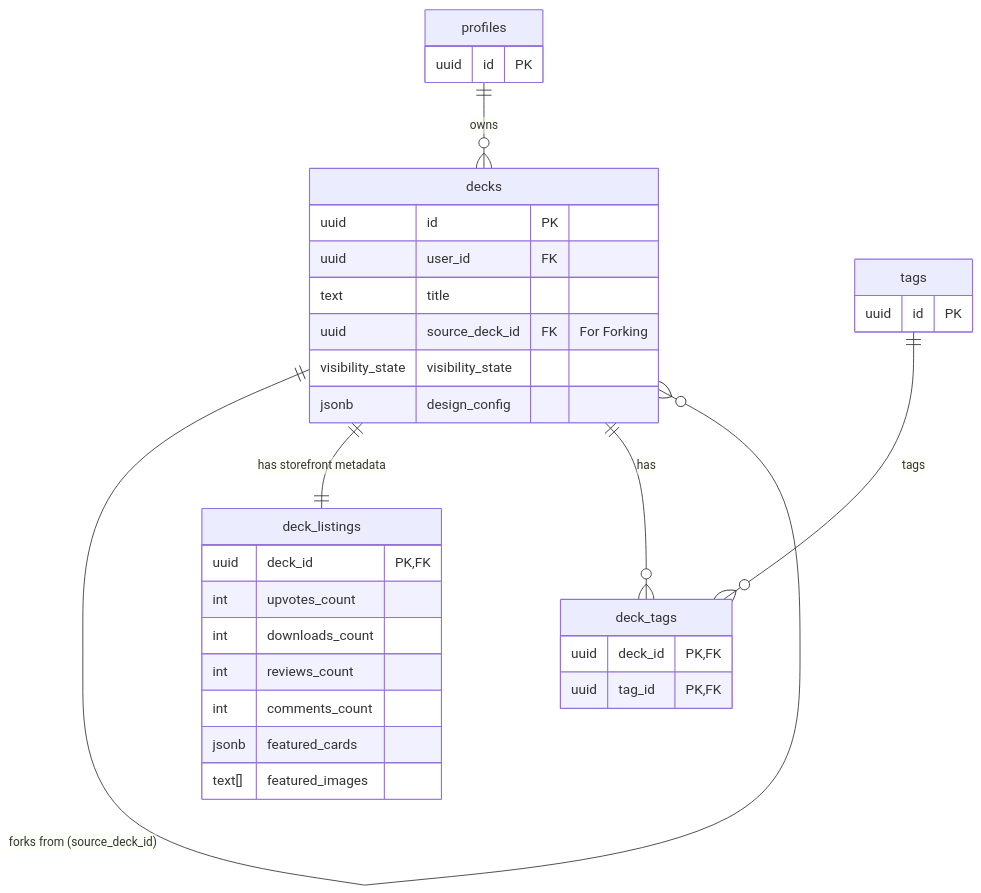
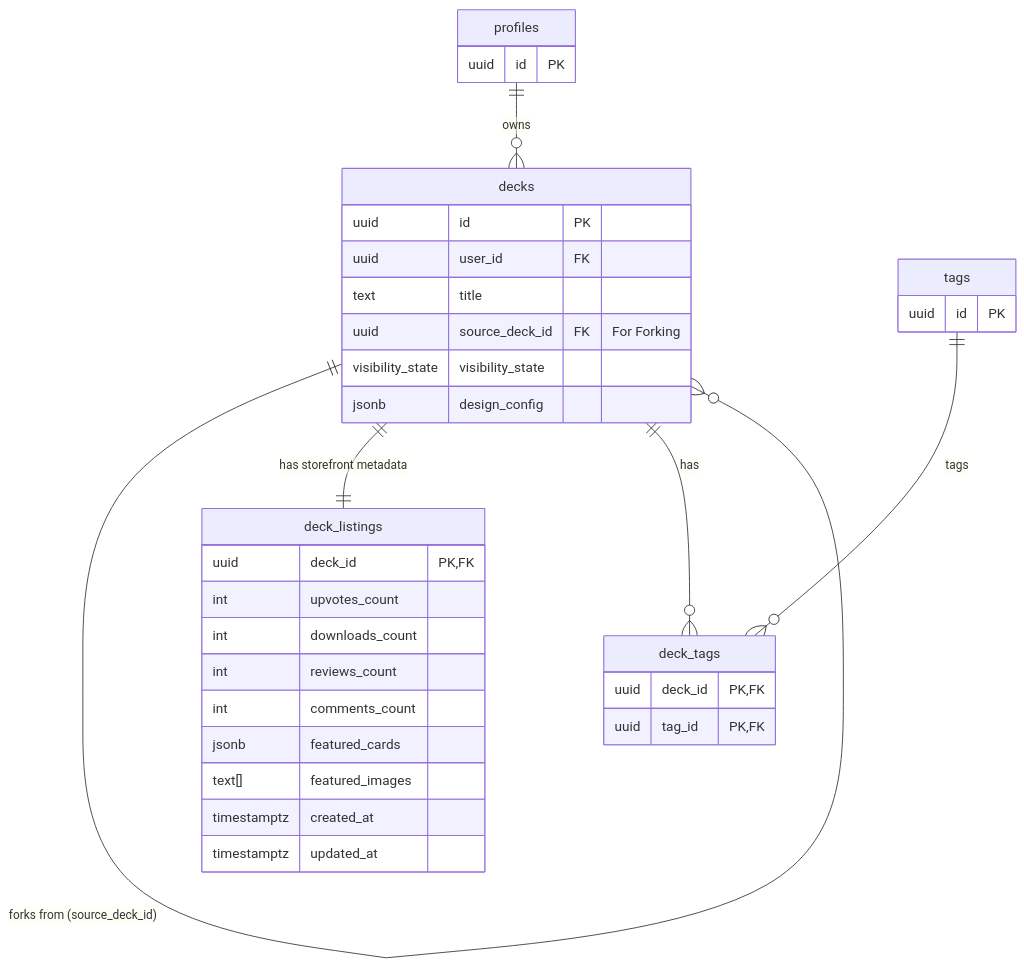
One commit to GuyWithBag/boo_mondai changed the second of 6 diagrams in supabase/context/schema_diagram.md. Above: the diagram before and after it, drawn with Mermaid. The commit also changed other lines of this file and 101 other files, not shown here.

````diff
--- a/supabase/context/schema_diagram.md
+++ b/supabase/context/schema_diagram.md
@@ -41,41 +41,43 @@
 ```mermaid
 erDiagram
     profiles {
         uuid id PK
     }
 
     decks {
         uuid id PK
         uuid user_id FK
         text title
         uuid source_deck_id FK "For Forking"
         visibility_state visibility_state
         jsonb design_config
     }
 
     deck_listings {
         uuid deck_id PK, FK
         int upvotes_count
         int downloads_count
         int reviews_count
         int comments_count
         jsonb featured_cards
         text[] featured_images
+        timestamptz created_at
+        timestamptz updated_at
     }
 
     deck_tags {
         uuid deck_id PK, FK
         uuid tag_id PK, FK
     }
 
     tags {
         uuid id PK
     }
 
     profiles ||--o{ decks : "owns"
     decks ||--o{ decks : "forks from (source_deck_id)"
     decks ||--|| deck_listings : "has storefront metadata"
     decks ||--o{ deck_tags : "has"
     tags ||--o{ deck_tags : "tags"
 
 ```
````
